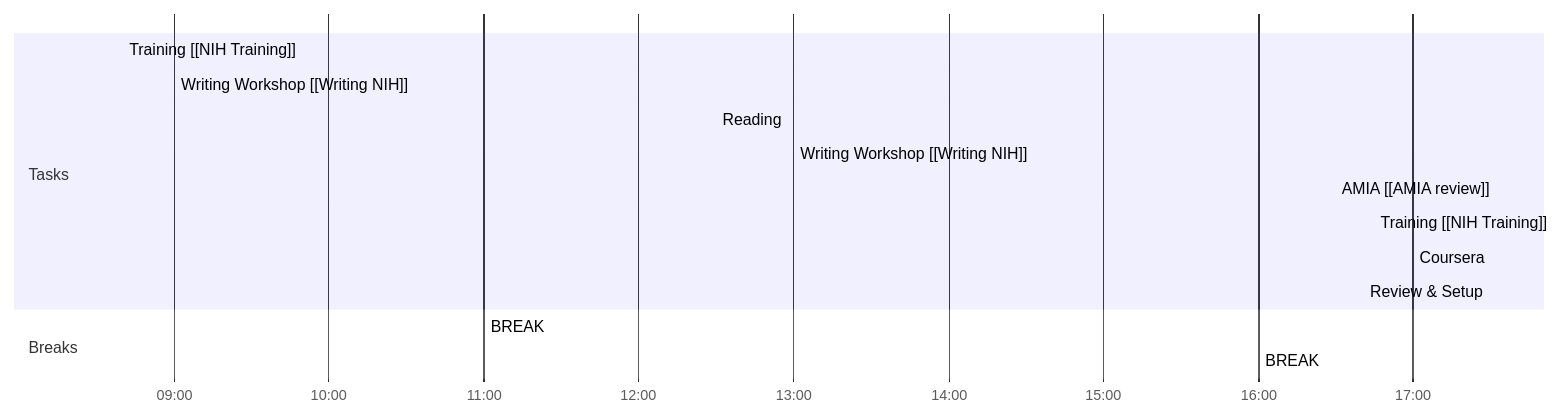
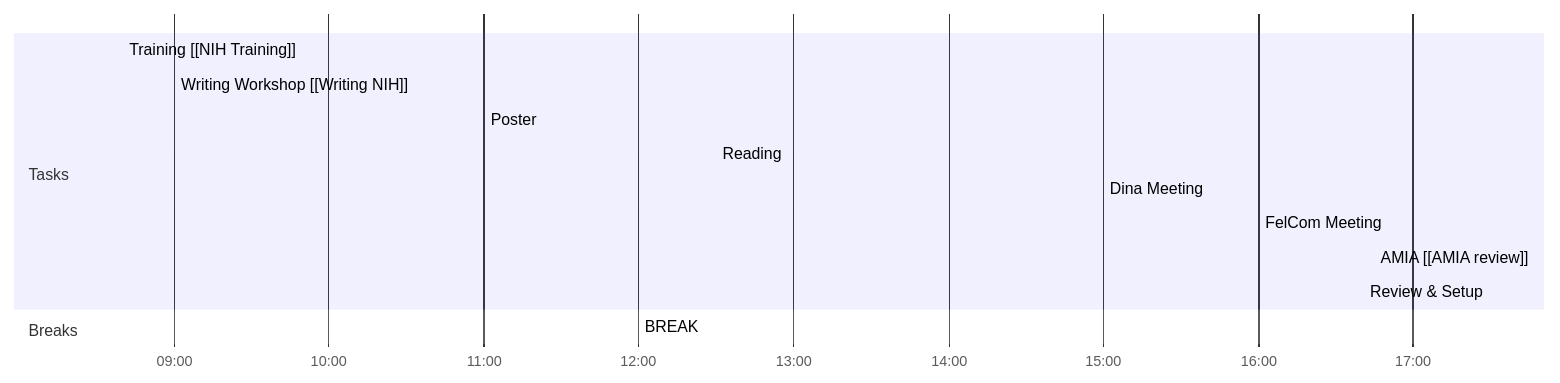
One commit to tanoManzo/notes changed the diagram in Day Planners/Day Planner-20230803.md. Above: the diagram before and after it, drawn with Mermaid. The commit also changed other lines of this file, not shown here.

Commit message:
vault backup: 2023-08-03 08:51:37

````diff
--- a/Day Planners/Day Planner-20230803.md
+++ b/Day Planners/Day Planner-20230803.md
@@ -28,18 +27,17 @@
 ```mermaid
 gantt
     dateFormat  HH-mm
     axisFormat %H:%M
-    %% Current Time: 8:46:34 AM
+    %% Current Time: 8:51:36 AM
     section Tasks
     Training [[NIH Training]]     :08-40, 20mm
     Writing Workshop [[Writing NIH]]     :09-00, 120mm
-    Reading     :12-30, 30mm
-    Writing Workshop [[Writing NIH]]     :13-00, 180mm
-    AMIA [[AMIA review]]     :16-30, 15mm
-    Training [[NIH Training]]     :16-45, 15mm
-    Coursera     :17-00, 30mm
+    Poster     :11-00, 60mm
+    Reading     :12-30, 150mm
+    Dina Meeting     :15-00, 60mm
+    FelCom Meeting     :16-00, 45mm
+    AMIA [[AMIA review]]     :16-45, 45mm
     Review & Setup     :17-30, 0mm
     section Breaks
-    BREAK     :11-00, 90mm
-    BREAK     :16-00, 30mm
+    BREAK     :12-00, 30mm
 ```
````
